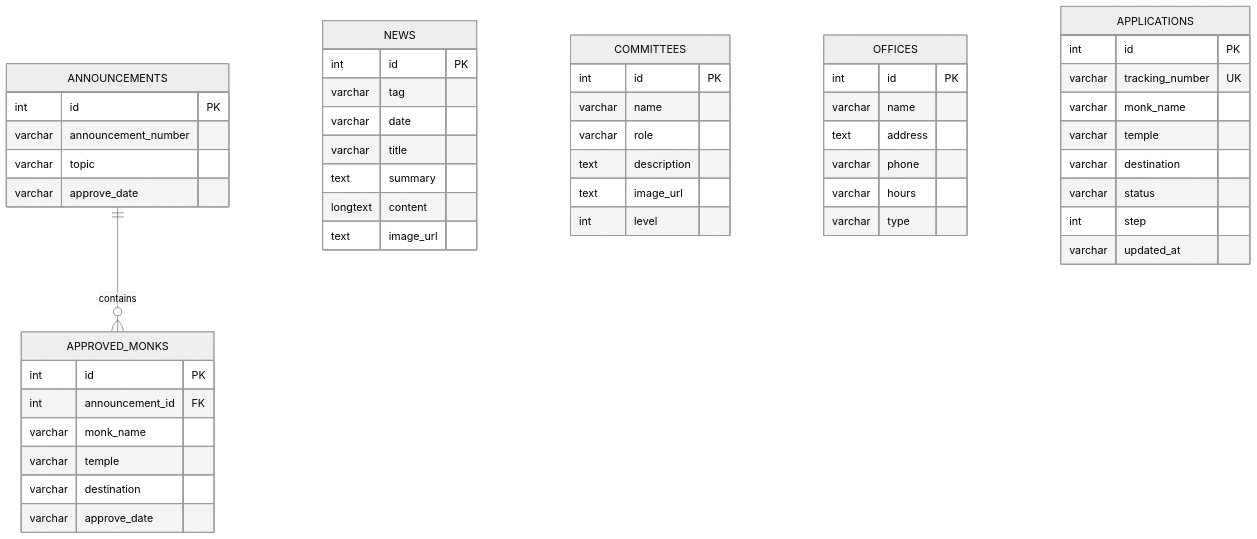
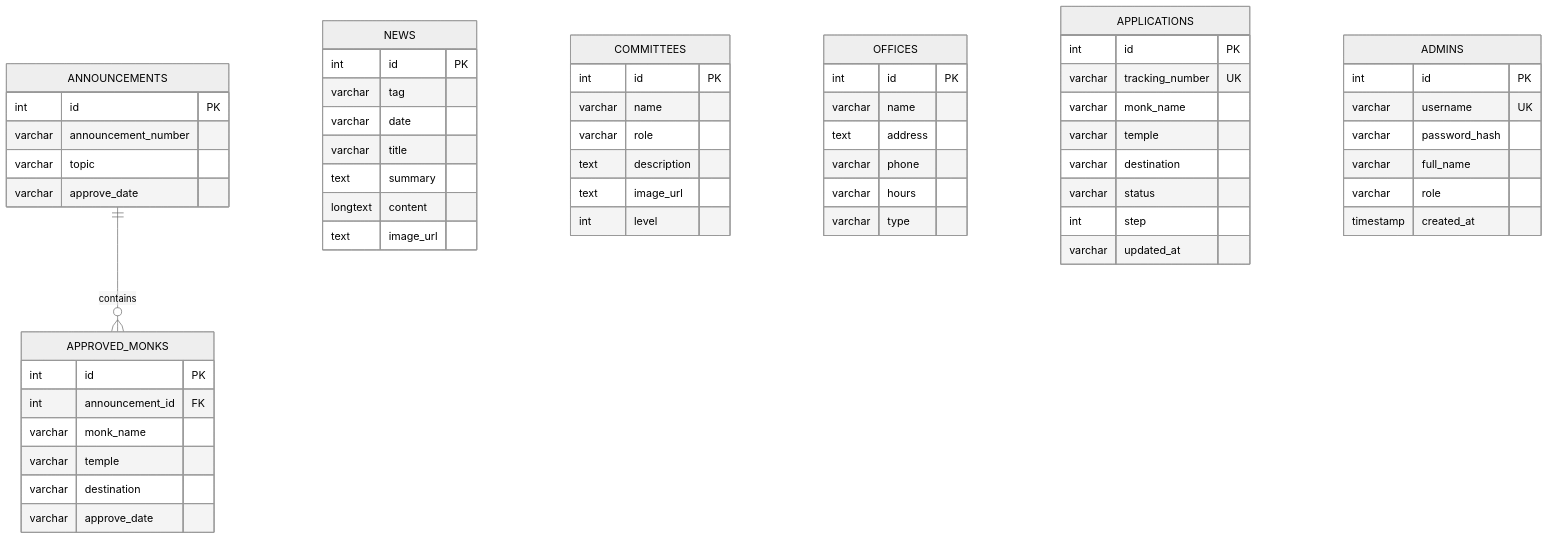
Before and after one commit to rasak55/sotopo: the diagram in DATABASE.md, drawn with Mermaid (neutral theme). The commit also changed other lines of this file and 18 other files, not shown here.

````diff
--- a/DATABASE.md
+++ b/DATABASE.md
@@ -14,59 +14,68 @@
 ```mermaid
 erDiagram
     ANNOUNCEMENTS ||--o{ APPROVED_MONKS : "contains"
     
     NEWS {
         int id PK
         varchar tag
         varchar date
         varchar title
         text summary
         longtext content
         text image_url
     }
 
     COMMITTEES {
         int id PK
         varchar name
         varchar role
         text description
         text image_url
         int level
     }
 
     ANNOUNCEMENTS {
         int id PK
         varchar announcement_number
         varchar topic
         varchar approve_date
     }
 
     APPROVED_MONKS {
         int id PK
         int announcement_id FK
         varchar monk_name
         varchar temple
         varchar destination
         varchar approve_date
     }
 
     OFFICES {
         int id PK
         varchar name
         text address
         varchar phone
         varchar hours
         varchar type
     }
 
     APPLICATIONS {
         int id PK
         varchar tracking_number UK
         varchar monk_name
         varchar temple
         varchar destination
         varchar status
         int step
         varchar updated_at
     }
+
+    ADMINS {
+        int id PK
+        varchar username UK
+        varchar password_hash
+        varchar full_name
+        varchar role
+        timestamp created_at
+    }
 ```
````
